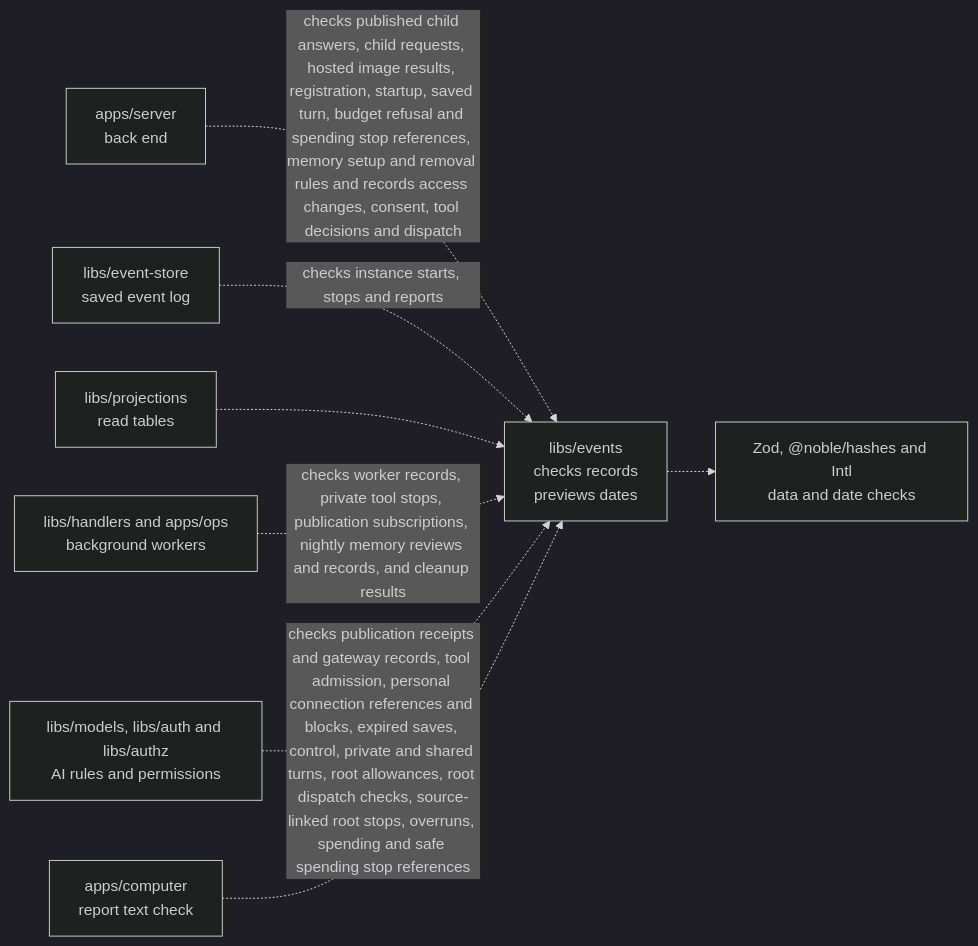
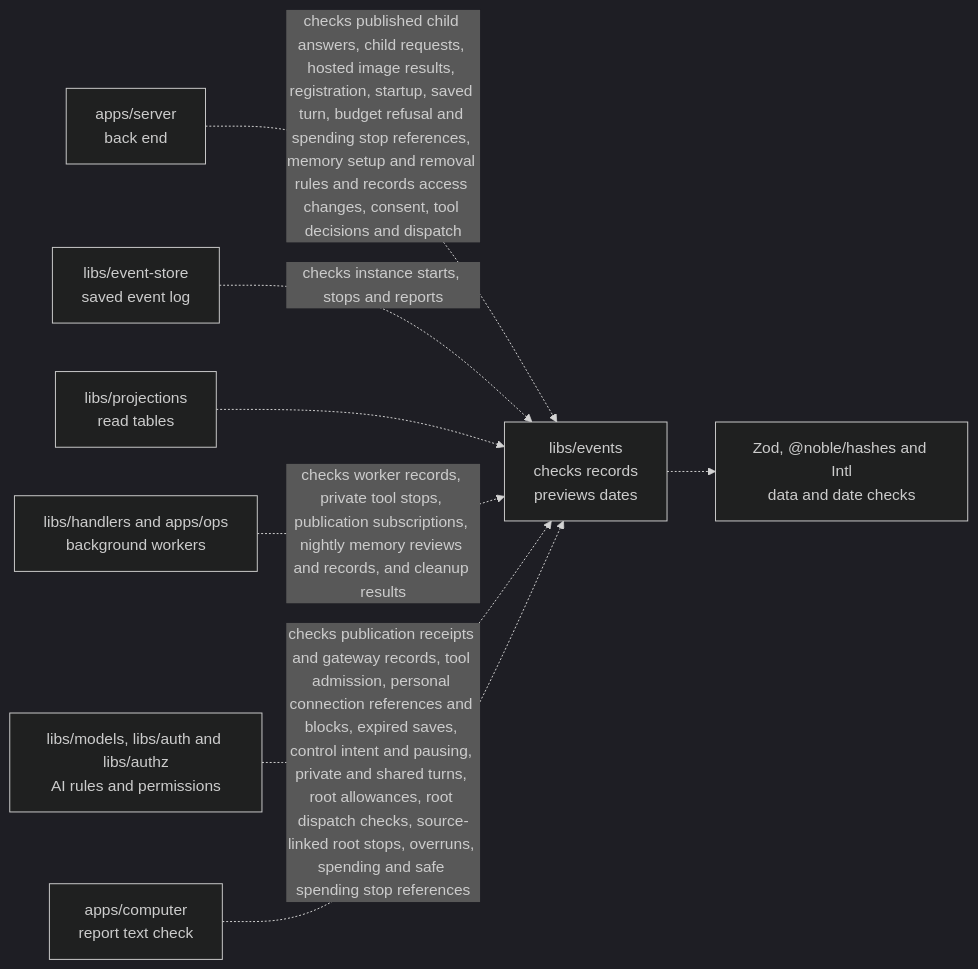
Before and after one commit to elewa-git/opencrane-new: the diagram in libs/events/README.md, drawn with Mermaid (dark theme). The commit also changed other lines of this file and 27 other files, not shown here.

Commit message:
⏸️ Save pausing after the bridge gate and root executor stop

````diff
--- a/libs/events/README.md
+++ b/libs/events/README.md
@@ -27,10 +27,10 @@
 ```mermaid
 flowchart LR
   server["apps/server<br/>back end"] -.->|checks published child answers, child requests, hosted image results, registration, startup, saved turn, budget refusal and spending stop references, memory setup and removal rules and records access changes, consent, tool decisions and dispatch| events["libs/events<br/>checks records<br/>previews dates"]
   store["libs/event-store<br/>saved event log"] -.->|checks instance starts, stops and reports| events
   projections["libs/projections<br/>read tables"] -.-> events
   workers["libs/handlers and apps/ops<br/>background workers"] -.->|checks worker records, private tool stops, publication subscriptions, nightly memory reviews and records, and cleanup results| events
-  others["libs/models, libs/auth and libs/authz<br/>AI rules and permissions"] -.->|checks publication receipts and gateway records, tool admission, personal connection references and blocks, expired saves, control, private and shared turns, root allowances, root dispatch checks, source-linked root stops, overruns, spending and safe spending stop references| events
+  others["libs/models, libs/auth and libs/authz<br/>AI rules and permissions"] -.->|checks publication receipts and gateway records, tool admission, personal connection references and blocks, expired saves, control intent and pausing, private and shared turns, root allowances, root dispatch checks, source-linked root stops, overruns, spending and safe spending stop references| events
   computer["apps/computer<br/>report text check"] -.-> events
   events -.-> checks["Zod, @noble/hashes and Intl<br/>data and date checks"]
 ```
````
